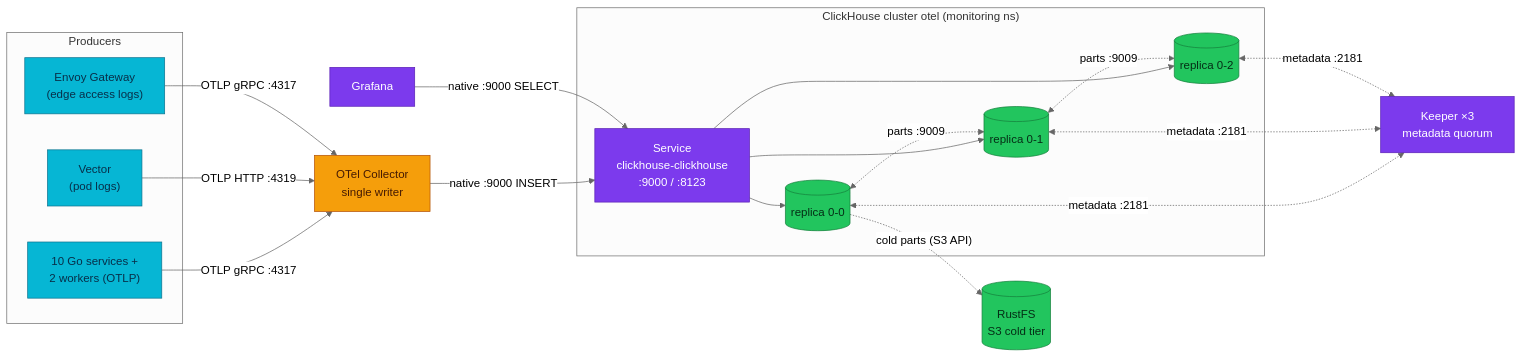
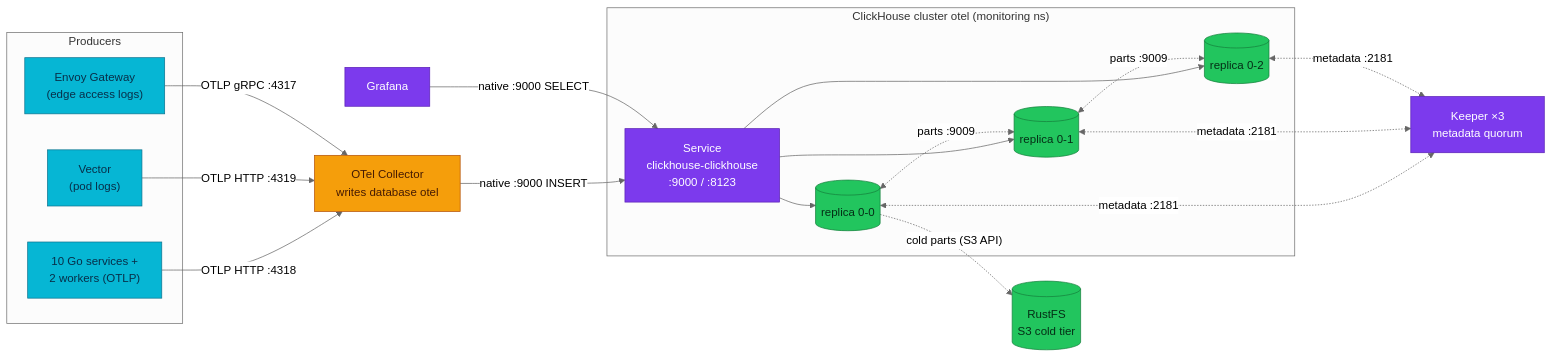
One commit to duynhlab/homelab changed the diagram in docs/observability/clickhouse/internals/01-architecture.md. Above: the diagram before and after it, drawn with Mermaid (neutral theme). The commit also changed other lines of this file and 92 other files, not shown here.

First line of the commit message:
Finalise ADR-089 and refresh database diagrams (#1337)

````diff
--- a/docs/observability/clickhouse/internals/01-architecture.md
+++ b/docs/observability/clickhouse/internals/01-architecture.md
@@ -148,45 +151,45 @@
 ```mermaid
 flowchart LR
     subgraph producers ["Producers"]
         svc["10 Go services +<br/>2 workers (OTLP)"]
         vector["Vector<br/>(pod logs)"]
         envoy["Envoy Gateway<br/>(edge access logs)"]
     end
 
-    otelcol["OTel Collector<br/>single writer"]
+    otelcol["OTel Collector<br/>writes database otel"]
 
     subgraph ch ["ClickHouse cluster otel (monitoring ns)"]
         lb["Service<br/>clickhouse-clickhouse<br/>:9000 / :8123"]
         r0[("replica 0-0")]
         r1[("replica 0-1")]
         r2[("replica 0-2")]
     end
 
     keeper["Keeper ×3<br/>metadata quorum"]
     rustfs[("RustFS<br/>S3 cold tier")]
     grafana["Grafana"]
 
-    svc -->|"OTLP gRPC :4317"| otelcol
+    svc -->|"OTLP HTTP :4318"| otelcol
     vector -->|"OTLP HTTP :4319"| otelcol
     envoy -->|"OTLP gRPC :4317"| otelcol
     otelcol -->|"native :9000 INSERT"| lb
     grafana -->|"native :9000 SELECT"| lb
     lb --> r0
     lb --> r1
     lb --> r2
     r0 <-.->|"parts :9009"| r1
     r1 <-.->|"parts :9009"| r2
     r0 <-.->|"metadata :2181"| keeper
     r1 <-.->|"metadata :2181"| keeper
     r2 <-.->|"metadata :2181"| keeper
     r0 -.->|"cold parts (S3 API)"| rustfs
 
     classDef service fill:#06b6d4,color:#082f49,stroke:#0e7490;
     classDef worker fill:#f59e0b,color:#451a03,stroke:#b45309;
     classDef platform fill:#7c3aed,color:#fff,stroke:#5b21b6;
     classDef data fill:#22c55e,color:#052e16,stroke:#15803d;
     class svc,vector,envoy service
     class otelcol worker
     class lb,keeper,grafana platform
     class r0,r1,r2,rustfs data
 ```
````
